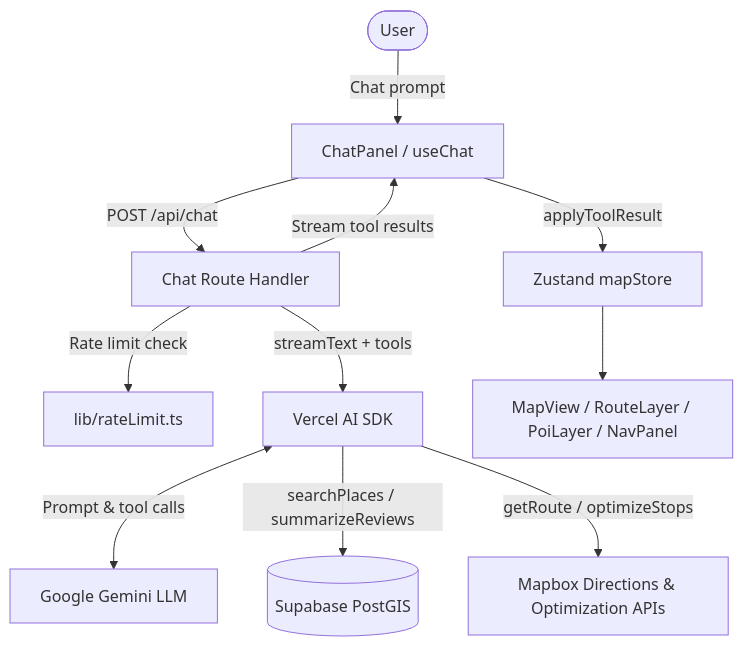
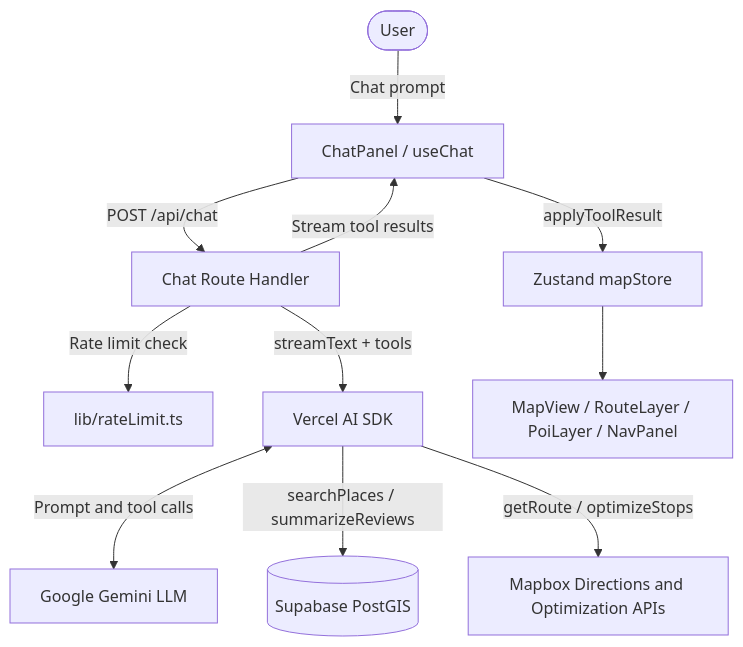
One commit to Mayur-06/ai-powered-map-application changed the diagram in README.md. Above: the diagram before and after it, drawn with Mermaid. The commit also changed other lines of this file, not shown here.

````diff
--- a/README.md
+++ b/README.md
@@ -18,13 +18,13 @@
 ```mermaid
 graph TD
     User([User]) -->|Chat prompt| UI[ChatPanel / useChat]
     UI -->|POST /api/chat| Handler[Chat Route Handler]
     Handler -->|Rate limit check| RL[lib/rateLimit.ts]
     Handler -->|streamText + tools| SDK[Vercel AI SDK]
-    SDK <-->|Prompt & tool calls| Gemini[Google Gemini LLM]
+    SDK <-->|Prompt and tool calls| Gemini[Google Gemini LLM]
     SDK -->|searchPlaces / summarizeReviews| Supabase[(Supabase PostGIS)]
-    SDK -->|getRoute / optimizeStops| MapboxAPIs[Mapbox Directions & Optimization APIs]
+    SDK -->|getRoute / optimizeStops| MapboxAPIs[Mapbox Directions and Optimization APIs]
     Handler -->|Stream tool results| UI
     UI -->|applyToolResult| Store[Zustand mapStore]
     Store --> Map[MapView / RouteLayer / PoiLayer / NavPanel]
 ```
````
